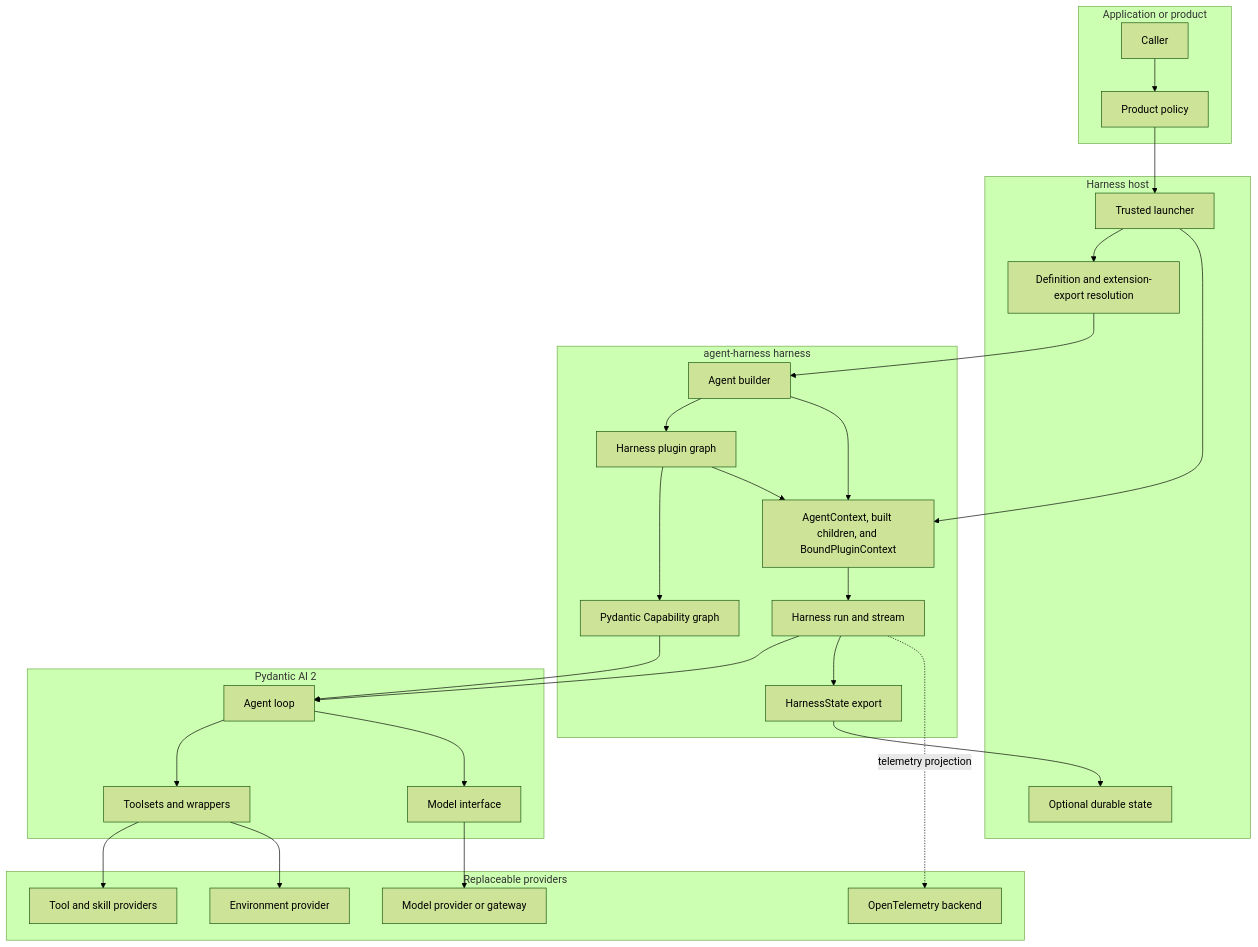
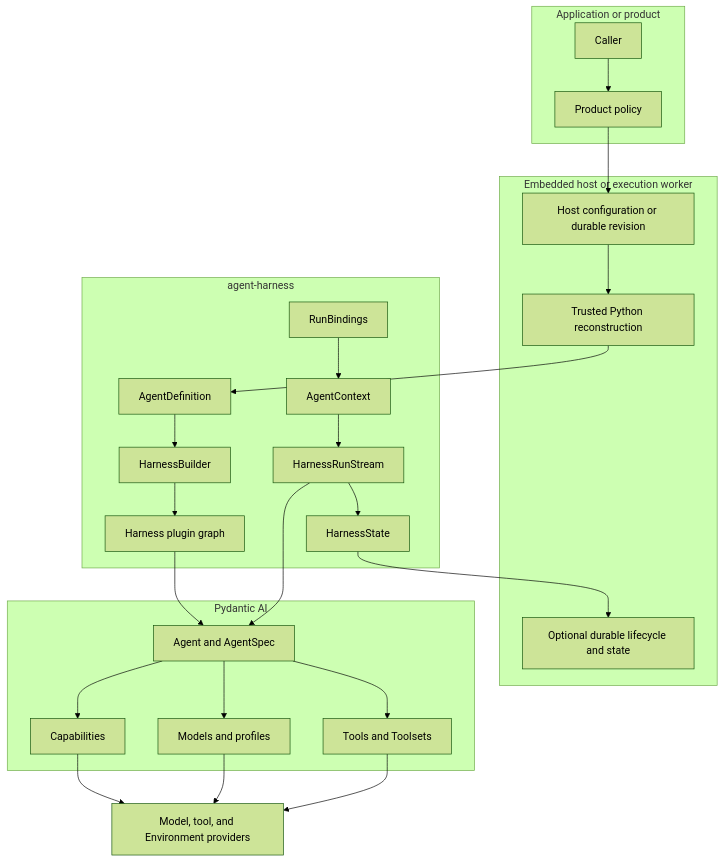
Before and after one commit to LTThreeComma/agent-foundation: the first of 2 diagrams in spec/agent-harness/00-overview.md, drawn with Mermaid (forest theme). The commit also changed other lines of this file and 31 other files, not shown here.

````diff
--- a/spec/agent-harness/00-overview.md
+++ b/spec/agent-harness/00-overview.md
@@ -29,49 +25,38 @@
 ```mermaid
 flowchart TB
     subgraph Product[Application or product]
         Caller[Caller]
-        ProductPolicy[Product policy]
+        Policy[Product policy]
     end
 
-    subgraph Host[Harness host]
-        Launcher[Trusted launcher]
-        Resolve[Definition and extension-export resolution]
-        HostState[Optional durable state]
+    subgraph Host[Embedded host or execution worker]
+        DefinitionSource[Host configuration or durable revision]
+        Reconstruct[Trusted Python reconstruction]
+        Durable[Optional durable lifecycle and state]
     end
 
-    subgraph Harness[agent-harness harness]
-        Builder[Agent builder]
+    subgraph Harness[agent-harness]
+        Definition[AgentDefinition]
+        Builder[HarnessBuilder]
         Plugins[Harness plugin graph]
-        Context[AgentContext, built children, and BoundPluginContext]
-        Capabilities[Pydantic Capability graph]
-        Run[Harness run and stream]
-        State[HarnessState export]
+        Bindings[RunBindings]
+        Context[AgentContext]
+        Stream[HarnessRunStream]
+        State[HarnessState]
     end
 
-    subgraph Pydantic[Pydantic AI 2]
-        Agent[Agent loop]
-        Toolsets[Toolsets and wrappers]
-        Models[Model interface]
+    subgraph Pydantic[Pydantic AI]
+        Agent[Agent and AgentSpec]
+        Capabilities[Capabilities]
+        Models[Models and profiles]
+        Toolsets[Tools and Toolsets]
     end
 
-    subgraph Providers[Replaceable providers]
-        Environment[Environment provider]
-        Tools[Tool and skill providers]
-        ModelProvider[Model provider or gateway]
-        Telemetry[OpenTelemetry backend]
-    end
+    Providers[Model, tool, and Environment providers]
 
-    Caller --> ProductPolicy --> Launcher
-    Launcher --> Resolve
-    Launcher --> Context
-    Resolve --> Builder --> Plugins
-    Builder --> Context
-    Plugins --> Capabilities --> Agent
-    Plugins --> Context --> Run --> Agent
-    Agent --> Toolsets
-    Agent --> Models --> ModelProvider
-    Toolsets --> Tools
-    Toolsets --> Environment
-    Run --> State --> HostState
-    Run -. telemetry projection .-> Telemetry
+    Caller --> Policy --> DefinitionSource --> Reconstruct --> Definition
+    Definition --> Builder --> Plugins --> Agent
+    Bindings --> Context --> Stream --> Agent
+    Agent --> Capabilities & Models & Toolsets --> Providers
+    Stream --> State --> Durable
 ```
````
